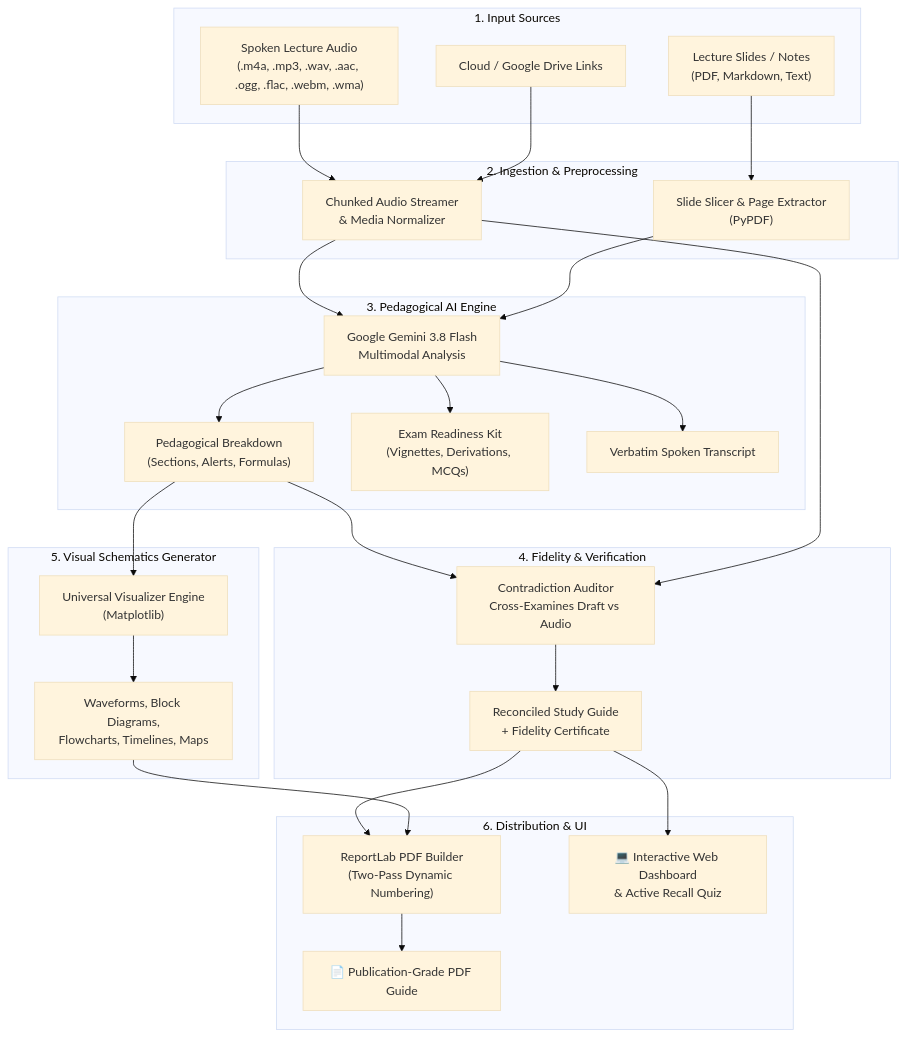
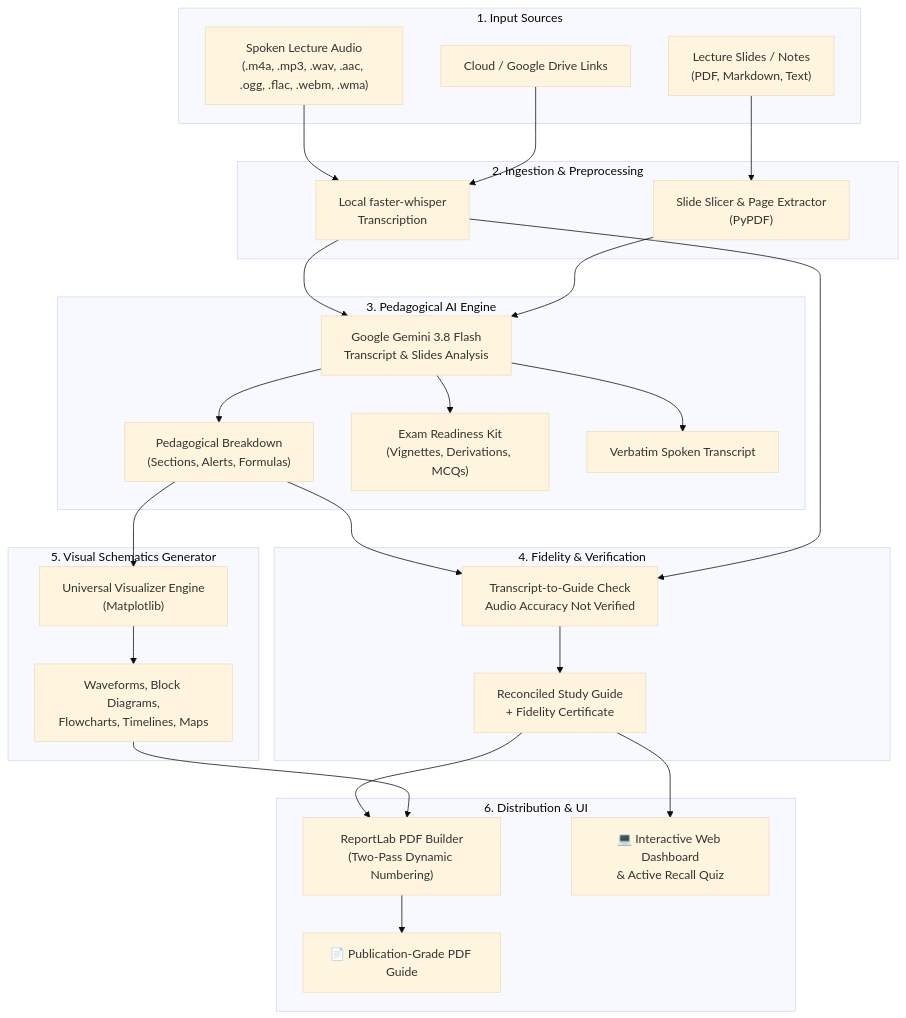
One commit to AbdelrhmanElhamy2/lecture-ai-study-suite changed the diagram in README.md. Above: the diagram before and after it, drawn with Mermaid (base theme). The commit also changed other lines of this file and 24 other files, not shown here.

Commit message:
feat: universal engineering suite overhaul, human-designer UI, pdf builder hardening, and local whisper pipeline

````diff
--- a/README.md
+++ b/README.md
@@ -102,36 +104,36 @@
 ```mermaid
 flowchart TD
     subgraph INPUT["1. Input Sources"]
         A["Spoken Lecture Audio<br/>(.m4a, .mp3, .wav, .aac, .ogg, .flac, .webm, .wma)"]
         B["Lecture Slides / Notes<br/>(PDF, Markdown, Text)"]
         C["Cloud / Google Drive Links"]
     end
 
     subgraph INGEST["2. Ingestion & Preprocessing"]
-        A & C --> D["Chunked Audio Streamer<br/>& Media Normalizer"]
+        A & C --> D["Local faster-whisper<br/>Transcription"]
         B --> E["Slide Slicer & Page Extractor<br/>(PyPDF)"]
     end
 
     subgraph ENGINE["3. Pedagogical AI Engine"]
-        D & E --> F["Google Gemini 3.8 Flash<br/>Multimodal Analysis"]
+        D & E --> F["Google Gemini 3.8 Flash<br/>Transcript & Slides Analysis"]
         F --> G["Pedagogical Breakdown<br/>(Sections, Alerts, Formulas)"]
         F --> H["Exam Readiness Kit<br/>(Vignettes, Derivations, MCQs)"]
         F --> I["Verbatim Spoken Transcript"]
     end
 
     subgraph AUDIT["4. Fidelity & Verification"]
-        G & D --> J["Contradiction Auditor<br/>Cross-Examines Draft vs Audio"]
+        G & D --> J["Transcript-to-Guide Check<br/>Audio Accuracy Not Verified"]
         J --> K["Reconciled Study Guide<br/>+ Fidelity Certificate"]
     end
 
     subgraph VISUALS["5. Visual Schematics Generator"]
         G --> L["Universal Visualizer Engine<br/>(Matplotlib)"]
         L --> M["Waveforms, Block Diagrams,<br/>Flowcharts, Timelines, Maps"]
     end
 
     subgraph OUTPUT["6. Distribution & UI"]
         K & M --> N["ReportLab PDF Builder<br/>(Two-Pass Dynamic Numbering)"]
         N --> O["📄 Publication-Grade PDF Guide"]
         K --> P["💻 Interactive Web Dashboard<br/>& Active Recall Quiz"]
     end
 ```
````
